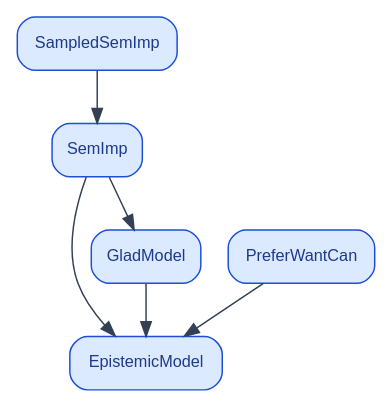
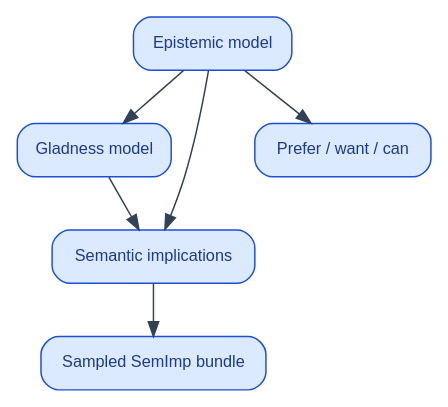
Before and after one commit to catskillsresearch/nowakowska1982: the diagram in Actions/Motivation/MotCalc.dot, drawn with Graphviz. The commit also changed 11 other files, not shown here.

First line of the commit message:
Fix import diagrams: subsection-title labels and A→B import edges.

```diff
--- a/Actions/Motivation/MotCalc.dot
+++ b/Actions/Motivation/MotCalc.dot
@@ -1,18 +1,19 @@
 digraph MotCalc {
   rankdir=TB;
   node [shape=box, style="rounded,filled", fillcolor="#dbeafe",
         color="#1d4ed8", fontname="Helvetica", fontsize=11, fontcolor="#1e3a8a"];
   edge [color="#334155"];
 
-  EpistemicModel [label="EpistemicModel"];
-  GladModel [label="GladModel"];
-  SemImp [label="SemImp"];
-  SampledSemImp [label="SampledSemImp"];
-  PreferWantCan [label="PreferWantCan"];
+  // Labels = subsection titles. Edge A -> B means B imports A.
+  EpistemicModel [label="Epistemic model"];
+  GladModel [label="Gladness model"];
+  SemImp [label="Semantic implications"];
+  SampledSemImp [label="Sampled SemImp bundle"];
+  PreferWantCan [label="Prefer / want / can"];
 
-  GladModel -> EpistemicModel;
-  SemImp -> EpistemicModel;
-  SemImp -> GladModel;
-  SampledSemImp -> SemImp;
-  PreferWantCan -> EpistemicModel;
+  EpistemicModel -> GladModel;
+  EpistemicModel -> SemImp;
+  EpistemicModel -> PreferWantCan;
+  GladModel -> SemImp;
+  SemImp -> SampledSemImp;
 }
```
